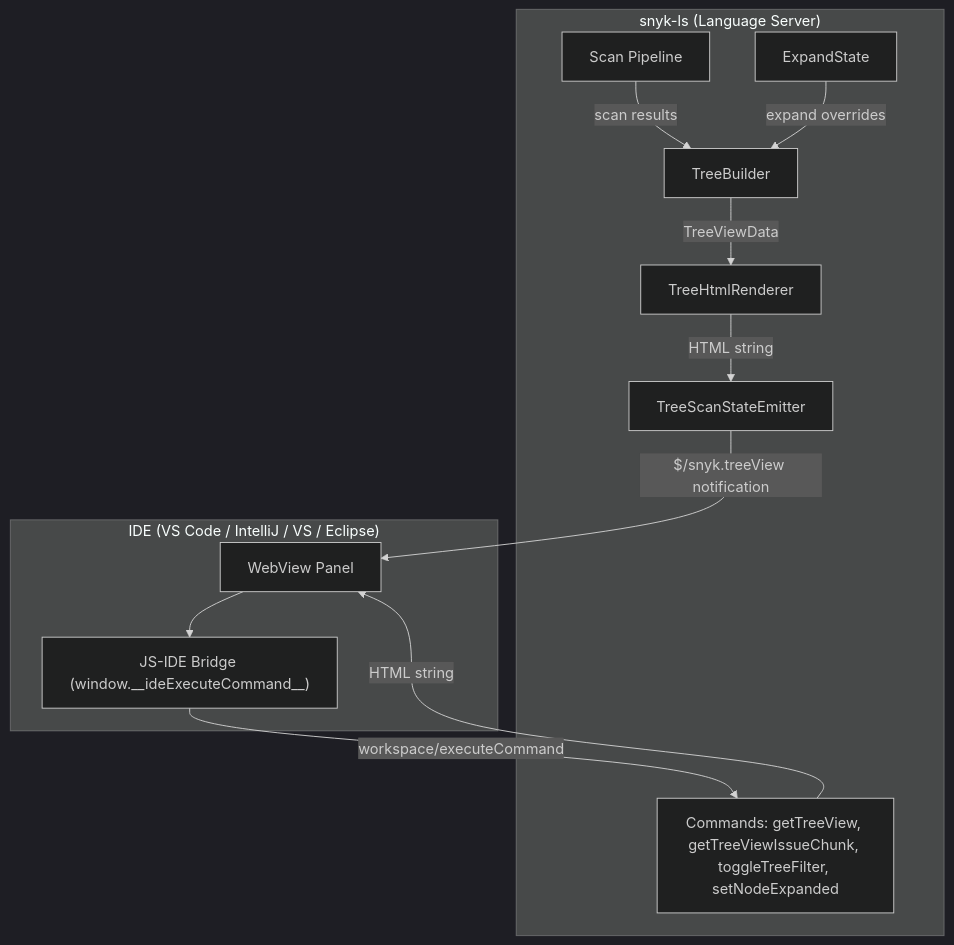
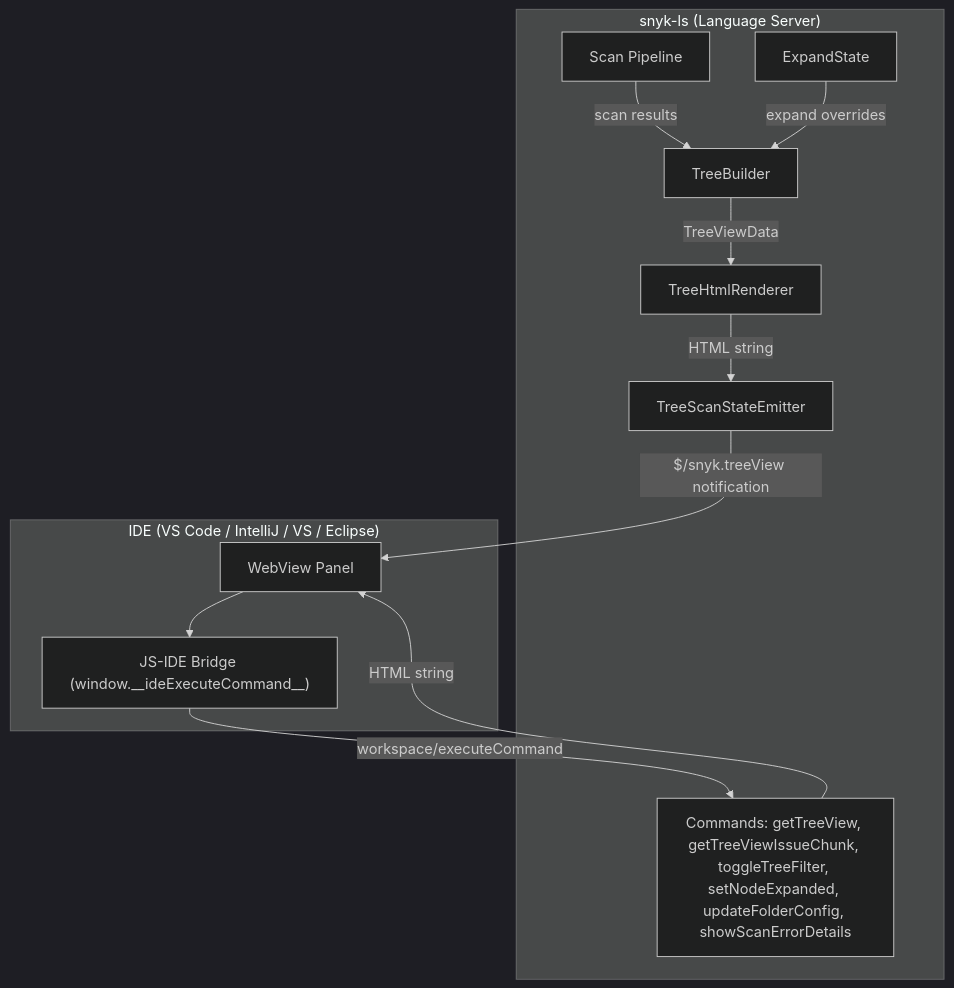
One commit to snyk/snyk-ls changed the first of 4 diagrams in docs/tree-view.md. Above: the diagram before and after it, drawn with Mermaid (dark theme). The commit also changed other lines of this file and 13 other files, not shown here.

````diff
--- a/docs/tree-view.md
+++ b/docs/tree-view.md
@@ -7,25 +7,25 @@
 ```mermaid
 graph TB
     subgraph LS["snyk-ls (Language Server)"]
         SC[Scan Pipeline]
         TB[TreeBuilder]
         TR[TreeHtmlRenderer]
         TE[TreeScanStateEmitter]
         ES[ExpandState]
-        CMD[Commands: getTreeView, getTreeViewIssueChunk, toggleTreeFilter, setNodeExpanded]
+        CMD[Commands: getTreeView, getTreeViewIssueChunk, toggleTreeFilter, setNodeExpanded, updateFolderConfig, showScanErrorDetails]
     end
 
     subgraph IDE["IDE (VS Code / IntelliJ / VS / Eclipse)"]
         WV[WebView Panel]
         BR["JS-IDE Bridge (window.__ideExecuteCommand__)"]
     end
 
     SC -->|scan results| TB
     ES -->|expand overrides| TB
     TB -->|TreeViewData| TR
     TR -->|HTML string| TE
     TE -->|"$/snyk.treeView notification"| WV
     CMD -->|HTML string| WV
     WV --> BR
     BR -->|"workspace/executeCommand"| CMD
 ```
````
